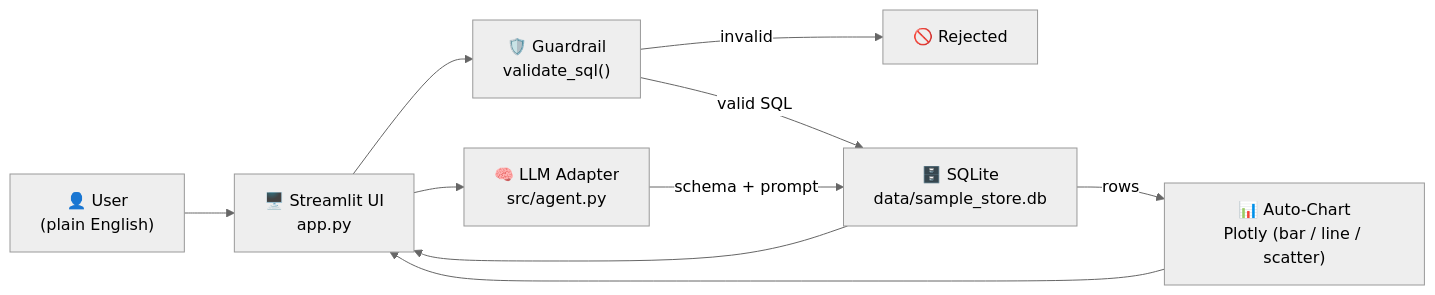
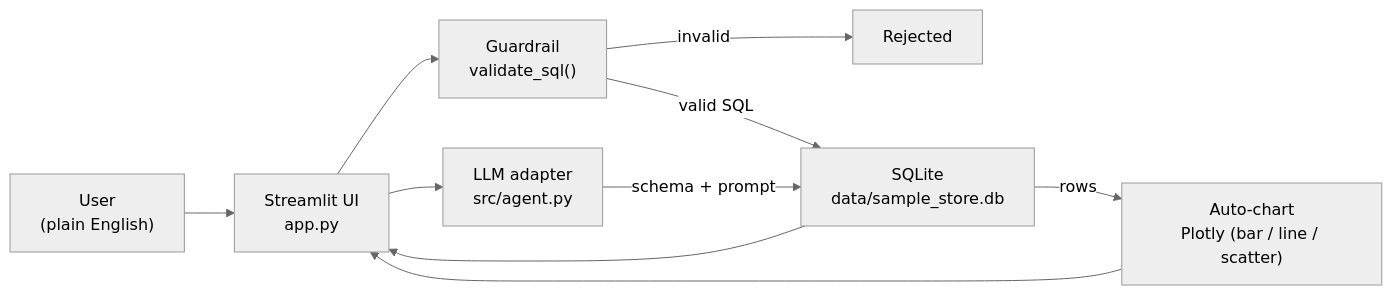
Before and after one commit to im3li/sql-bi-agent: the diagram in README.md, drawn with Mermaid (neutral theme). The commit also changed other lines of this file, not shown here.

````diff
--- a/README.md
+++ b/README.md
@@ -28,12 +44,12 @@
 ```mermaid
 flowchart LR
-    A["👤 User\n(plain English)"] --> B["🖥️ Streamlit UI\napp.py"]
-    B --> C["🛡️ Guardrail\nvalidate_sql()"]
-    C -->|invalid| X["🚫 Rejected"]
-    C -->|valid SQL| D["🗄️ SQLite\ndata/sample_store.db"]
-    B --> E["🧠 LLM Adapter\nsrc/agent.py"]
+    A["User\n(plain English)"] --> B["Streamlit UI\napp.py"]
+    B --> C["Guardrail\nvalidate_sql()"]
+    C -->|invalid| X["Rejected"]
+    C -->|valid SQL| D["SQLite\ndata/sample_store.db"]
+    B --> E["LLM adapter\nsrc/agent.py"]
     E -->|schema + prompt| D
-    D -->|rows| F["📊 Auto-Chart\nPlotly (bar / line / scatter)"]
+    D -->|rows| F["Auto-chart\nPlotly (bar / line / scatter)"]
     F --> B
     D --> B
 ```
````
